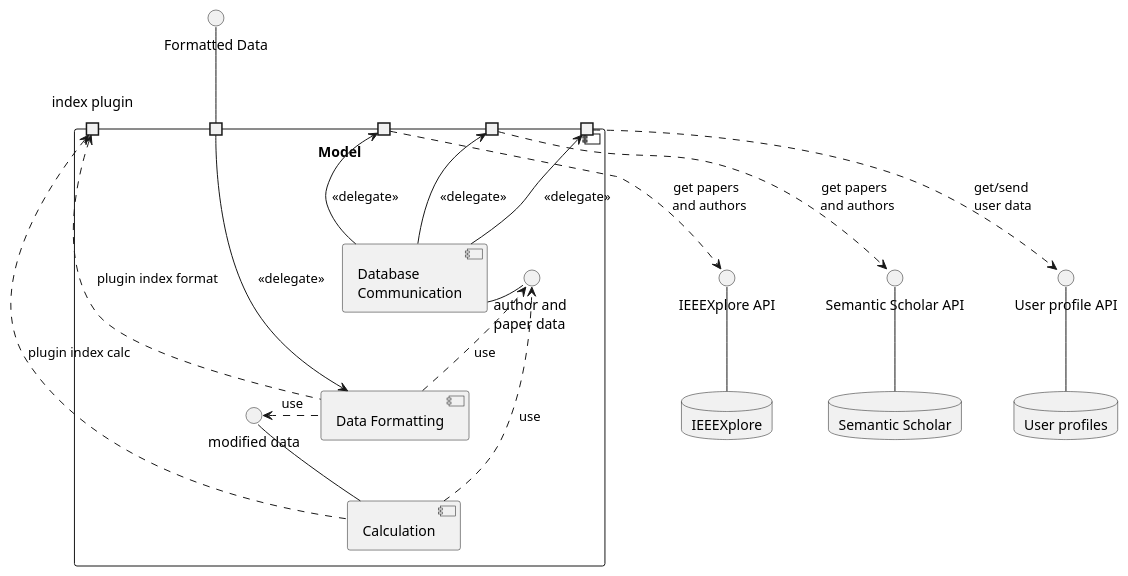
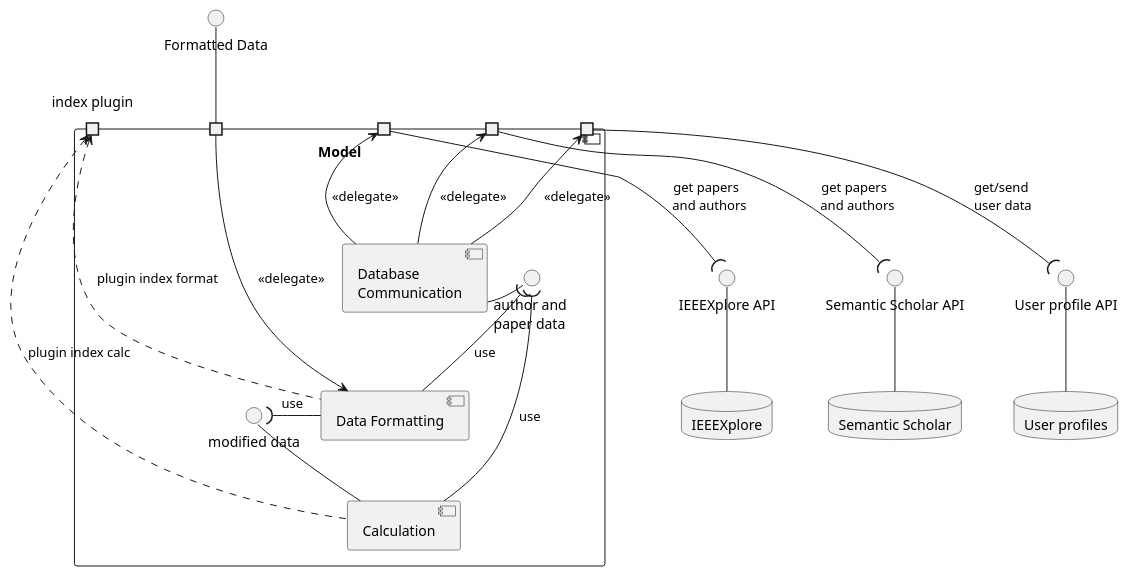
Before and after one commit to pablo-schmeiser/Scholarizer: the diagram in docs/uml/Model.puml, drawn with PlantUML.

Commit message:
Changed Lollipop Notation

```diff
--- a/docs/uml/Model.puml
+++ b/docs/uml/Model.puml
@@ -4,61 +4,61 @@
 @startuml
 
 Component Model {
     Component "Database \nCommunication" as DBC
     Component "Calculation" as C
     Component "Data Formatting" as DF
 
     () "modified data" as MF
     () "author and \npaper data" as APD
 
     port " " as fd
     'interface to add new indices
     portin "index plugin" as iplug
     portin " " as iapi
     portin " " as sapi
     portin " " as uapi
 }
 
 Database IEEEXplore as IEEE
 Database "User profiles" as UP
 Database "Semantic Scholar" as SS
 
 () "IEEEXplore API" as IAPI
 () "Semantic Scholar API" as SAPI
 () "User profile API" as UAPI
 () "Formatted Data" as FD
 
 'provided Interfaces
 fd -up- FD
 IEEE -up- IAPI
 UP -up- UAPI
 SS -up- SAPI
 DBC -left- APD
 C -up- MF
 
 'ports
 DF <- fd : <<delegate>>
 DBC -> iapi : <<delegate>>
 DBC -> sapi : <<delegate>>
 DBC -> uapi : <<delegate>>
 
 'required Interfaces
-iapi .down.> IAPI : get papers \n and authors
-sapi .down.> SAPI : get papers \n and authors
-uapi .down.> UAPI : get/send \nuser data
-C .right.> APD : use
+iapi -down-( IAPI : get papers \n and authors
+sapi -down-( SAPI : get papers \n and authors
+uapi -down-( UAPI : get/send \nuser data
+C -right-( APD : use
 C .up.> iplug : plugin index calc
 DF .up.> iplug : plugin index format
-DF .left.> MF : use
-DF ..> APD : use
+DF -left-( MF : use
+DF --( APD : use
 
 
 'formatting
 DBC -[hidden]down- DF
 DBC -[hidden]down- C
 DBC -[hidden]left- APD
 C -[hidden]down- MF
 DF -[hidden]right- MF
 C -[hidden]right- APD
 
 @enduml
```
